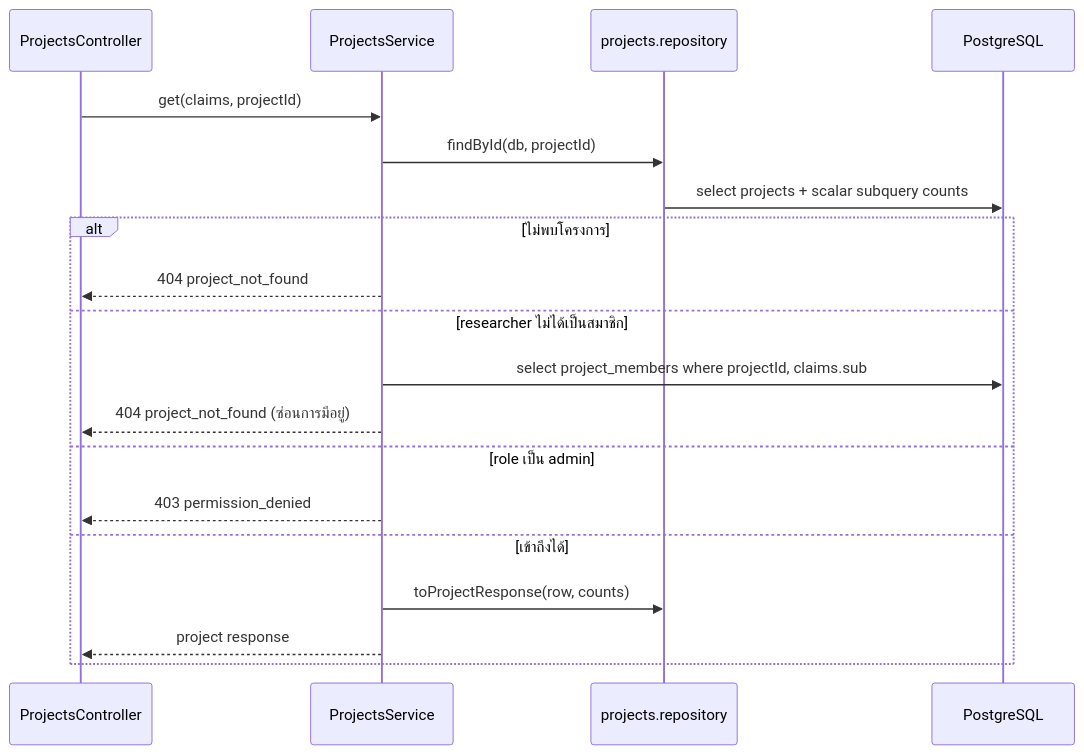
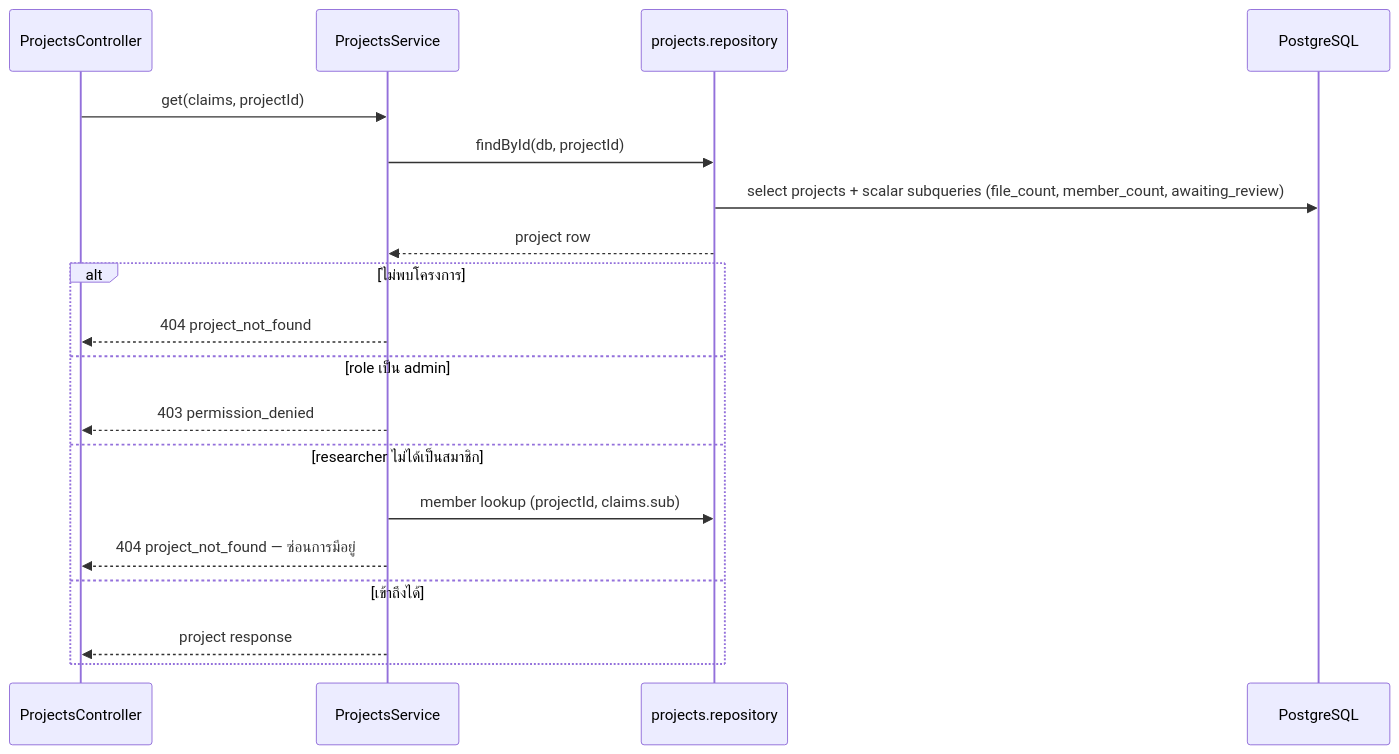
Before and after one commit to Open-Science-and-Data-management/Backend: the second of 3 diagrams in src/features/projects/README.md, drawn with Mermaid. The commit also changed other lines of this file and 20 other files, not shown here.

````diff
--- a/src/features/projects/README.md
+++ b/src/features/projects/README.md
@@ -94,21 +153,21 @@
 ```mermaid
 sequenceDiagram
     participant C as ProjectsController
     participant S as ProjectsService
     participant R as projects.repository
     participant P as PostgreSQL
     C->>S: get(claims, projectId)
     S->>R: findById(db, projectId)
-    R->>P: select projects + scalar subquery counts
+    R->>P: select projects + scalar subqueries (file_count, member_count, awaiting_review)
+    R-->>S: project row
     alt ไม่พบโครงการ
         S-->>C: 404 project_not_found
-    else researcher ไม่ได้เป็นสมาชิก
-        S->>P: select project_members where projectId, claims.sub
-        S-->>C: 404 project_not_found (ซ่อนการมีอยู่)
     else role เป็น admin
         S-->>C: 403 permission_denied
+    else researcher ไม่ได้เป็นสมาชิก
+        S->>R: member lookup (projectId, claims.sub)
+        S-->>C: 404 project_not_found — ซ่อนการมีอยู่
     else เข้าถึงได้
-        S->>R: toProjectResponse(row, counts)
         S-->>C: project response
     end
 ```
````
